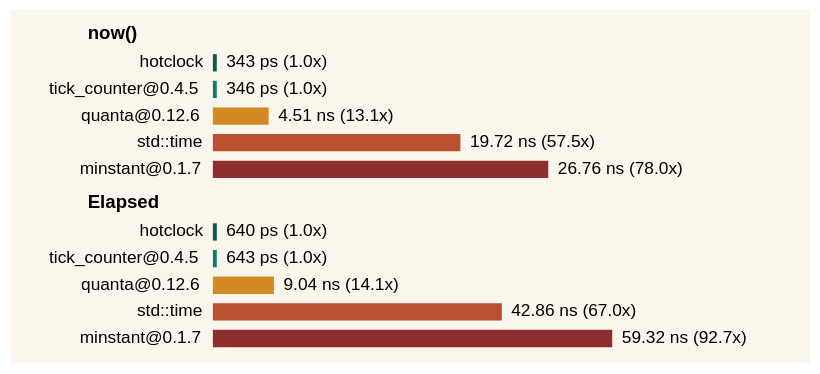
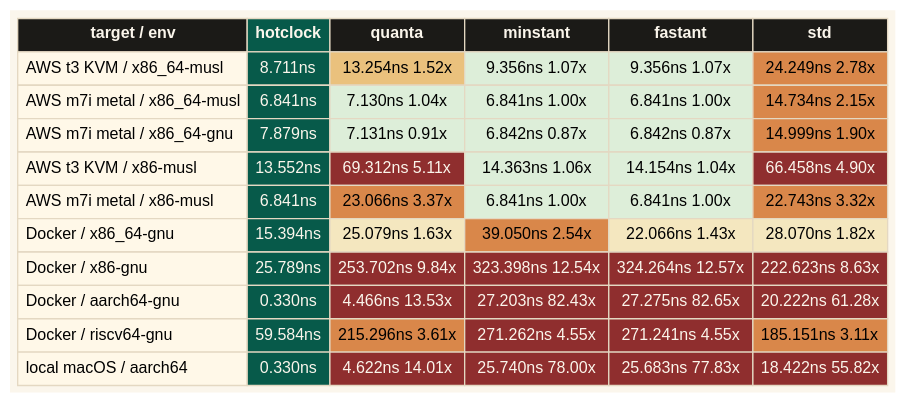
Before and after one commit to spence/hotclock: the diagram in benches/assets/benchmark.dot, drawn with Graphviz. The commit also changed 4 other files, not shown here.

Commit message:
docs(readme): add cross-target instant benchmark graphic

```diff
--- a/benches/assets/benchmark.dot
+++ b/benches/assets/benchmark.dot
@@ -1,163 +1,109 @@
 digraph benchmark {
   graph [
     bgcolor="#FBF6EC",
     margin=0,
-    pad=0.12,
+    pad=0.08,
     rankdir=TB
   ];
 
   node [
     shape=plain,
     fontname="Avenir Next, Helvetica, Arial, sans-serif",
-    fontsize=13
+    fontsize=12
   ];
 
   benchmark [
     label=<
-      <TABLE BORDER="0" CELLBORDER="0" CELLSPACING="0" CELLPADDING="3">
+      <TABLE BORDER="0" CELLBORDER="1" CELLSPACING="0" CELLPADDING="5" COLOR="#E4D8C2">
         <TR>
-          <TD ALIGN="LEFT" COLSPAN="2">
-            <FONT POINT-SIZE="14"><B>now()</B></FONT>
-          </TD>
+          <TD BGCOLOR="#1B1A17"><FONT COLOR="#FBF6EC"><B>target / env</B></FONT></TD>
+          <TD BGCOLOR="#075A4A"><FONT COLOR="#FBF6EC"><B>hotclock</B></FONT></TD>
+          <TD BGCOLOR="#1B1A17"><FONT COLOR="#FBF6EC"><B>quanta</B></FONT></TD>
+          <TD BGCOLOR="#1B1A17"><FONT COLOR="#FBF6EC"><B>minstant</B></FONT></TD>
+          <TD BGCOLOR="#1B1A17"><FONT COLOR="#FBF6EC"><B>fastant</B></FONT></TD>
+          <TD BGCOLOR="#1B1A17"><FONT COLOR="#FBF6EC"><B>std</B></FONT></TD>
         </TR>
         <TR>
-          <TD ALIGN="RIGHT" WIDTH="140">hotclock</TD>
-          <TD ALIGN="LEFT" WIDTH="437">
-            <TABLE BORDER="0" CELLBORDER="0" CELLSPACING="0" CELLPADDING="0">
-              <TR>
-                <TD BGCOLOR="#075A4A" WIDTH="3" HEIGHT="13" FIXEDSIZE="TRUE"></TD>
-                <TD BGCOLOR="#FBF6EC" WIDTH="7" HEIGHT="13" FIXEDSIZE="TRUE"></TD>
-                <TD ALIGN="LEFT" WIDTH="100">343 ps (1.0x)</TD>
-                <TD BGCOLOR="#FBF6EC" WIDTH="327" HEIGHT="13" FIXEDSIZE="TRUE"></TD>
-              </TR>
-            </TABLE>
-          </TD>
+          <TD ALIGN="LEFT" BGCOLOR="#FFF8E8">AWS t3 KVM / x86_64-musl</TD>
+          <TD BGCOLOR="#075A4A"><FONT COLOR="#FBF6EC">8.711ns</FONT></TD>
+          <TD BGCOLOR="#EAC17D">13.254ns 1.52x</TD>
+          <TD BGCOLOR="#DDEED9">9.356ns 1.07x</TD>
+          <TD BGCOLOR="#DDEED9">9.356ns 1.07x</TD>
+          <TD BGCOLOR="#D9874A">24.249ns 2.78x</TD>
         </TR>
         <TR>
-          <TD ALIGN="RIGHT">tick_counter@0.4.5</TD>
-          <TD ALIGN="LEFT" WIDTH="437">
-            <TABLE BORDER="0" CELLBORDER="0" CELLSPACING="0" CELLPADDING="0">
-              <TR>
-                <TD BGCOLOR="#0E7C66" WIDTH="3" HEIGHT="13" FIXEDSIZE="TRUE"></TD>
-                <TD BGCOLOR="#FBF6EC" WIDTH="7" HEIGHT="13" FIXEDSIZE="TRUE"></TD>
-                <TD ALIGN="LEFT" WIDTH="100">346 ps (1.0x)</TD>
-                <TD BGCOLOR="#FBF6EC" WIDTH="327" HEIGHT="13" FIXEDSIZE="TRUE"></TD>
-              </TR>
-            </TABLE>
-          </TD>
+          <TD ALIGN="LEFT" BGCOLOR="#FFF8E8">AWS m7i metal / x86_64-musl</TD>
+          <TD BGCOLOR="#075A4A"><FONT COLOR="#FBF6EC">6.841ns</FONT></TD>
+          <TD BGCOLOR="#DDEED9">7.130ns 1.04x</TD>
+          <TD BGCOLOR="#DDEED9">6.841ns 1.00x</TD>
+          <TD BGCOLOR="#DDEED9">6.841ns 1.00x</TD>
+          <TD BGCOLOR="#D9874A">14.734ns 2.15x</TD>
         </TR>
         <TR>
-          <TD ALIGN="RIGHT">quanta@0.12.6</TD>
-          <TD ALIGN="LEFT" WIDTH="437">
-            <TABLE BORDER="0" CELLBORDER="0" CELLSPACING="0" CELLPADDING="0">
-              <TR>
-                <TD BGCOLOR="#D48A22" WIDTH="42" HEIGHT="13" FIXEDSIZE="TRUE"></TD>
-                <TD BGCOLOR="#FBF6EC" WIDTH="7" HEIGHT="13" FIXEDSIZE="TRUE"></TD>
-                <TD ALIGN="LEFT" WIDTH="115">4.51 ns (13.1x)</TD>
-                <TD BGCOLOR="#FBF6EC" WIDTH="273" HEIGHT="13" FIXEDSIZE="TRUE"></TD>
-              </TR>
-            </TABLE>
-          </TD>
+          <TD ALIGN="LEFT" BGCOLOR="#FFF8E8">AWS m7i metal / x86_64-gnu</TD>
+          <TD BGCOLOR="#075A4A"><FONT COLOR="#FBF6EC">7.879ns</FONT></TD>
+          <TD BGCOLOR="#DDEED9">7.131ns 0.91x</TD>
+          <TD BGCOLOR="#DDEED9">6.842ns 0.87x</TD>
+          <TD BGCOLOR="#DDEED9">6.842ns 0.87x</TD>
+          <TD BGCOLOR="#D9874A">14.999ns 1.90x</TD>
         </TR>
         <TR>
-          <TD ALIGN="RIGHT">std::time</TD>
-          <TD ALIGN="LEFT" WIDTH="437">
-            <TABLE BORDER="0" CELLBORDER="0" CELLSPACING="0" CELLPADDING="0">
-              <TR>
-                <TD BGCOLOR="#B95032" WIDTH="186" HEIGHT="13" FIXEDSIZE="TRUE"></TD>
-                <TD BGCOLOR="#FBF6EC" WIDTH="7" HEIGHT="13" FIXEDSIZE="TRUE"></TD>
-                <TD ALIGN="LEFT" WIDTH="125">19.72 ns (57.5x)</TD>
-                <TD BGCOLOR="#FBF6EC" WIDTH="119" HEIGHT="13" FIXEDSIZE="TRUE"></TD>
-              </TR>
-            </TABLE>
-          </TD>
+          <TD ALIGN="LEFT" BGCOLOR="#FFF8E8">AWS t3 KVM / x86-musl</TD>
+          <TD BGCOLOR="#075A4A"><FONT COLOR="#FBF6EC">13.552ns</FONT></TD>
+          <TD BGCOLOR="#8F2E2E"><FONT COLOR="#FBF6EC">69.312ns 5.11x</FONT></TD>
+          <TD BGCOLOR="#DDEED9">14.363ns 1.06x</TD>
+          <TD BGCOLOR="#DDEED9">14.154ns 1.04x</TD>
+          <TD BGCOLOR="#8F2E2E"><FONT COLOR="#FBF6EC">66.458ns 4.90x</FONT></TD>
         </TR>
         <TR>
-          <TD ALIGN="RIGHT">minstant@0.1.7</TD>
-          <TD ALIGN="LEFT" WIDTH="437">
-            <TABLE BORDER="0" CELLBORDER="0" CELLSPACING="0" CELLPADDING="0">
-              <TR>
-                <TD BGCOLOR="#8F2E2E" WIDTH="252" HEIGHT="13" FIXEDSIZE="TRUE"></TD>
-                <TD BGCOLOR="#FBF6EC" WIDTH="7" HEIGHT="13" FIXEDSIZE="TRUE"></TD>
-                <TD ALIGN="LEFT" WIDTH="125">26.76 ns (78.0x)</TD>
-                <TD BGCOLOR="#FBF6EC" WIDTH="53" HEIGHT="13" FIXEDSIZE="TRUE"></TD>
-              </TR>
-            </TABLE>
-          </TD>
-        </TR>
-        <TR><TD HEIGHT="4"></TD></TR>
-
-        <TR>
-          <TD ALIGN="LEFT" COLSPAN="2">
-            <FONT POINT-SIZE="14"><B>Elapsed</B></FONT>
-          </TD>
+          <TD ALIGN="LEFT" BGCOLOR="#FFF8E8">AWS m7i metal / x86-musl</TD>
+          <TD BGCOLOR="#075A4A"><FONT COLOR="#FBF6EC">6.841ns</FONT></TD>
+          <TD BGCOLOR="#D9874A">23.066ns 3.37x</TD>
+          <TD BGCOLOR="#DDEED9">6.841ns 1.00x</TD>
+          <TD BGCOLOR="#DDEED9">6.841ns 1.00x</TD>
+          <TD BGCOLOR="#D9874A">22.743ns 3.32x</TD>
         </TR>
         <TR>
-          <TD ALIGN="RIGHT">hotclock</TD>
-          <TD ALIGN="LEFT" WIDTH="437">
-            <TABLE BORDER="0" CELLBORDER="0" CELLSPACING="0" CELLPADDING="0">
-              <TR>
-                <TD BGCOLOR="#075A4A" WIDTH="3" HEIGHT="13" FIXEDSIZE="TRUE"></TD>
-                <TD BGCOLOR="#FBF6EC" WIDTH="7" HEIGHT="13" FIXEDSIZE="TRUE"></TD>
-                <TD ALIGN="LEFT" WIDTH="100">640 ps (1.0x)</TD>
-                <TD BGCOLOR="#FBF6EC" WIDTH="327" HEIGHT="13" FIXEDSIZE="TRUE"></TD>
-              </TR>
-            </TABLE>
-          </TD>
+          <TD ALIGN="LEFT" BGCOLOR="#FFF8E8">Docker / x86_64-gnu</TD>
+          <TD BGCOLOR="#075A4A"><FONT COLOR="#FBF6EC">15.394ns</FONT></TD>
+          <TD BGCOLOR="#F4E7BF">25.079ns 1.63x</TD>
+          <TD BGCOLOR="#D9874A">39.050ns 2.54x</TD>
+          <TD BGCOLOR="#F4E7BF">22.066ns 1.43x</TD>
+          <TD BGCOLOR="#F4E7BF">28.070ns 1.82x</TD>
         </TR>
         <TR>
-          <TD ALIGN="RIGHT">tick_counter@0.4.5</TD>
-          <TD ALIGN="LEFT" WIDTH="437">
-            <TABLE BORDER="0" CELLBORDER="0" CELLSPACING="0" CELLPADDING="0">
-              <TR>
-                <TD BGCOLOR="#0E7C66" WIDTH="3" HEIGHT="13" FIXEDSIZE="TRUE"></TD>
-                <TD BGCOLOR="#FBF6EC" WIDTH="7" HEIGHT="13" FIXEDSIZE="TRUE"></TD>
-                <TD ALIGN="LEFT" WIDTH="100">643 ps (1.0x)</TD>
-                <TD BGCOLOR="#FBF6EC" WIDTH="327" HEIGHT="13" FIXEDSIZE="TRUE"></TD>
-              </TR>
-            </TABLE>
-          </TD>
+          <TD ALIGN="LEFT" BGCOLOR="#FFF8E8">Docker / x86-gnu</TD>
+          <TD BGCOLOR="#075A4A"><FONT COLOR="#FBF6EC">25.789ns</FONT></TD>
+          <TD BGCOLOR="#8F2E2E"><FONT COLOR="#FBF6EC">253.702ns 9.84x</FONT></TD>
+          <TD BGCOLOR="#8F2E2E"><FONT COLOR="#FBF6EC">323.398ns 12.54x</FONT></TD>
+          <TD BGCOLOR="#8F2E2E"><FONT COLOR="#FBF6EC">324.264ns 12.57x</FONT></TD>
+          <TD BGCOLOR="#8F2E2E"><FONT COLOR="#FBF6EC">222.623ns 8.63x</FONT></TD>
         </TR>
         <TR>
-          <TD ALIGN="RIGHT">quanta@0.12.6</TD>
-          <TD ALIGN="LEFT" WIDTH="437">
-            <TABLE BORDER="0" CELLBORDER="0" CELLSPACING="0" CELLPADDING="0">
-              <TR>
-                <TD BGCOLOR="#D48A22" WIDTH="46" HEIGHT="13" FIXEDSIZE="TRUE"></TD>
-                <TD BGCOLOR="#FBF6EC" WIDTH="7" HEIGHT="13" FIXEDSIZE="TRUE"></TD>
-                <TD ALIGN="LEFT" WIDTH="115">9.04 ns (14.1x)</TD>
-                <TD BGCOLOR="#FBF6EC" WIDTH="269" HEIGHT="13" FIXEDSIZE="TRUE"></TD>
-              </TR>
-            </TABLE>
-          </TD>
+          <TD ALIGN="LEFT" BGCOLOR="#FFF8E8">Docker / aarch64-gnu</TD>
+          <TD BGCOLOR="#075A4A"><FONT COLOR="#FBF6EC">0.330ns</FONT></TD>
+          <TD BGCOLOR="#8F2E2E"><FONT COLOR="#FBF6EC">4.466ns 13.53x</FONT></TD>
+          <TD BGCOLOR="#8F2E2E"><FONT COLOR="#FBF6EC">27.203ns 82.43x</FONT></TD>
+          <TD BGCOLOR="#8F2E2E"><FONT COLOR="#FBF6EC">27.275ns 82.65x</FONT></TD>
+          <TD BGCOLOR="#8F2E2E"><FONT COLOR="#FBF6EC">20.222ns 61.28x</FONT></TD>
         </TR>
         <TR>
-          <TD ALIGN="RIGHT">std::time</TD>
-          <TD ALIGN="LEFT" WIDTH="437">
-            <TABLE BORDER="0" CELLBORDER="0" CELLSPACING="0" CELLPADDING="0">
-              <TR>
-                <TD BGCOLOR="#B95032" WIDTH="217" HEIGHT="13" FIXEDSIZE="TRUE"></TD>
-                <TD BGCOLOR="#FBF6EC" WIDTH="7" HEIGHT="13" FIXEDSIZE="TRUE"></TD>
-                <TD ALIGN="LEFT" WIDTH="125">42.86 ns (67.0x)</TD>
-                <TD BGCOLOR="#FBF6EC" WIDTH="88" HEIGHT="13" FIXEDSIZE="TRUE"></TD>
-              </TR>
-            </TABLE>
-          </TD>
+          <TD ALIGN="LEFT" BGCOLOR="#FFF8E8">Docker / riscv64-gnu</TD>
+          <TD BGCOLOR="#075A4A"><FONT COLOR="#FBF6EC">59.584ns</FONT></TD>
+          <TD BGCOLOR="#D9874A">215.296ns 3.61x</TD>
+          <TD BGCOLOR="#8F2E2E"><FONT COLOR="#FBF6EC">271.262ns 4.55x</FONT></TD>
+          <TD BGCOLOR="#8F2E2E"><FONT COLOR="#FBF6EC">271.241ns 4.55x</FONT></TD>
+          <TD BGCOLOR="#D9874A">185.151ns 3.11x</TD>
         </TR>
         <TR>
-          <TD ALIGN="RIGHT">minstant@0.1.7</TD>
-          <TD ALIGN="LEFT" WIDTH="437">
-            <TABLE BORDER="0" CELLBORDER="0" CELLSPACING="0" CELLPADDING="0">
-              <TR>
-                <TD BGCOLOR="#8F2E2E" WIDTH="300" HEIGHT="13" FIXEDSIZE="TRUE"></TD>
-                <TD BGCOLOR="#FBF6EC" WIDTH="7" HEIGHT="13" FIXEDSIZE="TRUE"></TD>
-                <TD ALIGN="LEFT" WIDTH="125">59.32 ns (92.7x)</TD>
-                <TD BGCOLOR="#FBF6EC" WIDTH="5" HEIGHT="13" FIXEDSIZE="TRUE"></TD>
-              </TR>
-            </TABLE>
-          </TD>
+          <TD ALIGN="LEFT" BGCOLOR="#FFF8E8">local macOS / aarch64</TD>
+          <TD BGCOLOR="#075A4A"><FONT COLOR="#FBF6EC">0.330ns</FONT></TD>
+          <TD BGCOLOR="#8F2E2E"><FONT COLOR="#FBF6EC">4.622ns 14.01x</FONT></TD>
+          <TD BGCOLOR="#8F2E2E"><FONT COLOR="#FBF6EC">25.740ns 78.00x</FONT></TD>
+          <TD BGCOLOR="#8F2E2E"><FONT COLOR="#FBF6EC">25.683ns 77.83x</FONT></TD>
+          <TD BGCOLOR="#8F2E2E"><FONT COLOR="#FBF6EC">18.422ns 55.82x</FONT></TD>
         </TR>
       </TABLE>
     >
   ];
 }
```
